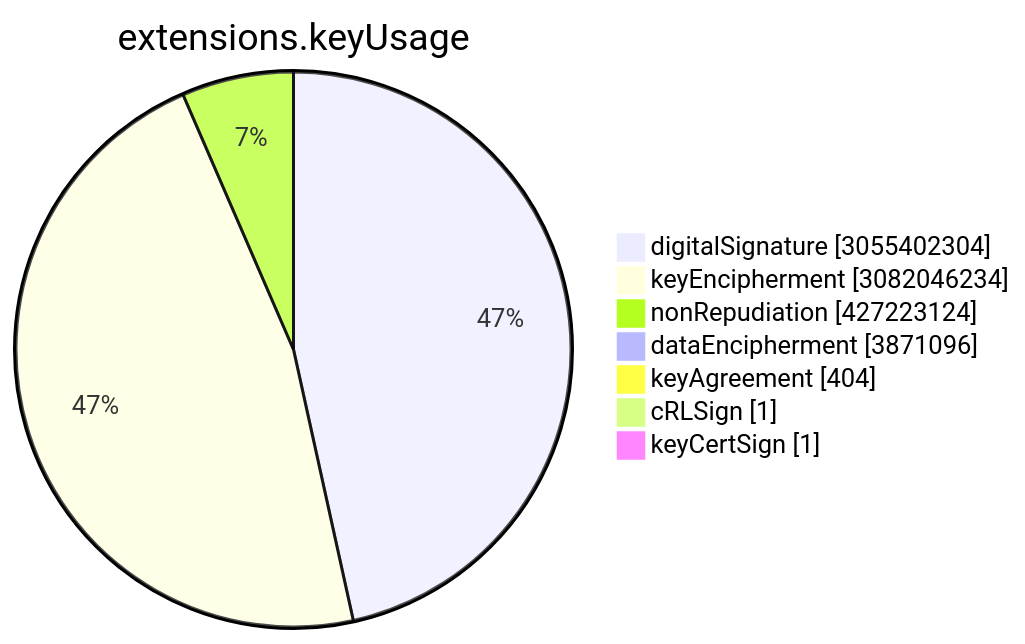
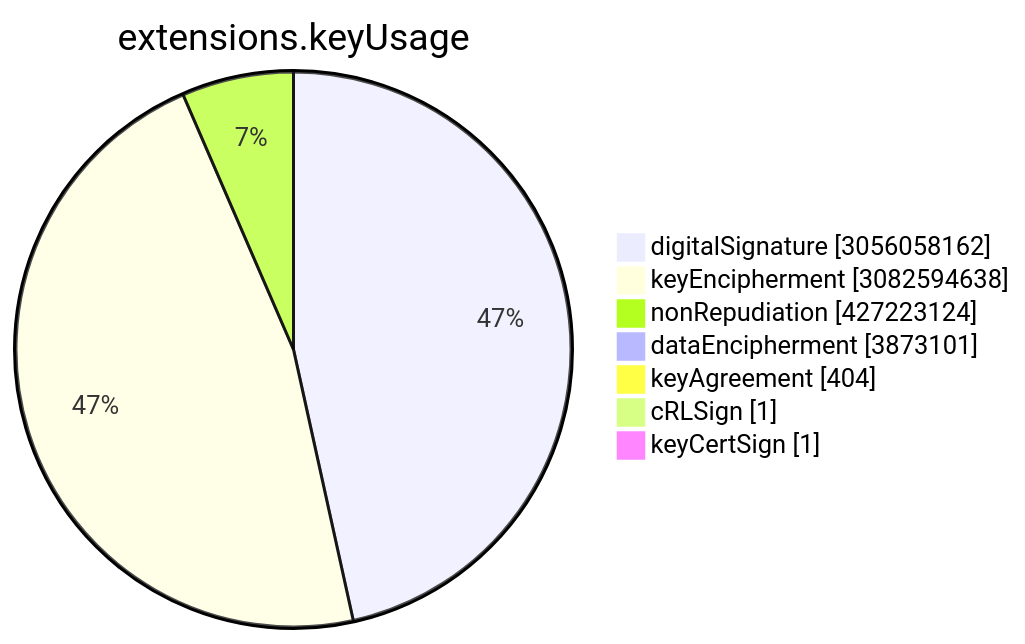
Before and after one commit to christiankrug/ctmonitor_visualization: the sixth of 15 diagrams in TOTAL/README.md, drawn with Mermaid. The commit also changed other lines of this file, not shown here.

````diff
--- a/TOTAL/README.md
+++ b/TOTAL/README.md
@@ -3077,11 +3077,11 @@
 ```mermaid
 pie showData
 title extensions.keyUsage
-"digitalSignature" :3055402304
-"keyEncipherment" :3082046234
+"digitalSignature" :3056058162
+"keyEncipherment" :3082594638
 "nonRepudiation" :427223124
-"dataEncipherment" :3871096
+"dataEncipherment" :3873101
 "keyAgreement" :404
 "cRLSign" :1
 "keyCertSign" :1
 ```
````
